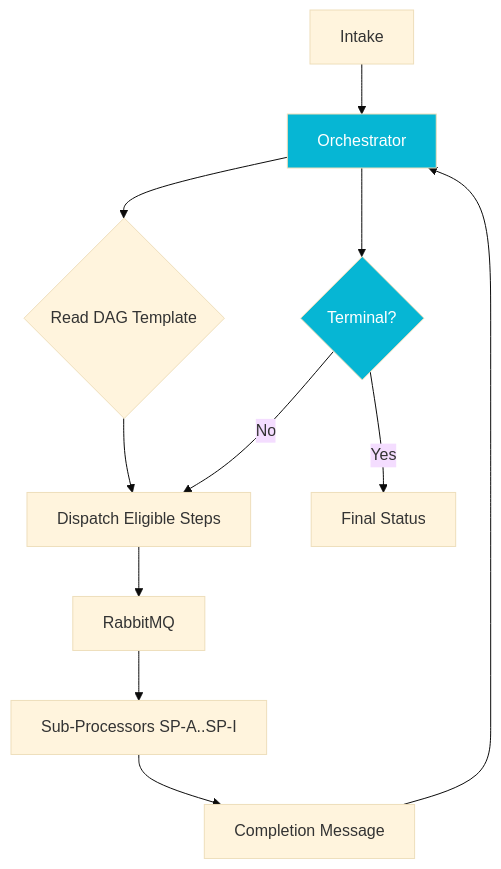
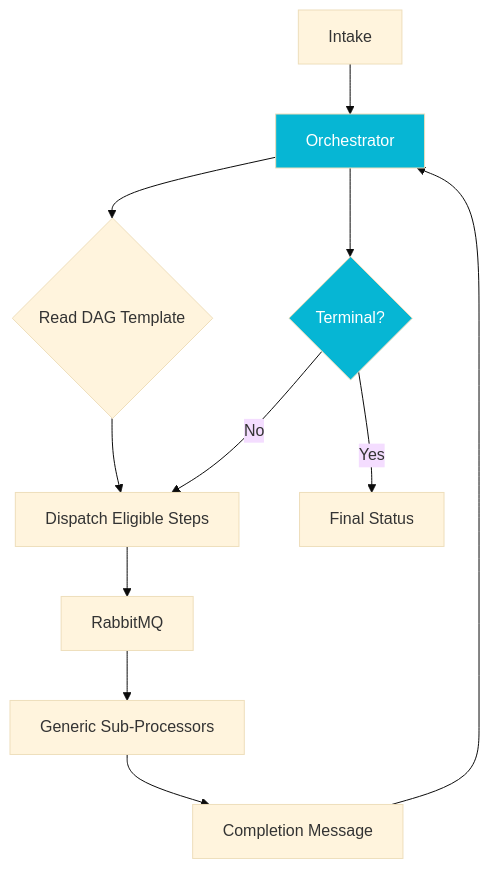
Before and after one commit to phatjam98/portfolio: the diagram in src/content/case-studies/pipeline-orchestrator.mdx, drawn with Mermaid (base theme). The commit also changed other lines of this file and 12 other files, not shown here.

````diff
--- a/src/content/case-studies/pipeline-orchestrator.mdx
+++ b/src/content/case-studies/pipeline-orchestrator.mdx
@@ -26,15 +26,15 @@
 ```mermaid
 graph TB
     A[Intake] --> B[Orchestrator]
     B --> C{Read DAG Template}
     C --> D[Dispatch Eligible Steps]
     D --> E[RabbitMQ]
-    E --> F[Sub-Processors SP-A..SP-I]
+    E --> F[Generic Sub-Processors]
     F --> G[Completion Message]
     G --> B
     B --> H{Terminal?}
     H -->|No| D
     H -->|Yes| I[Final Status]
     style B fill:#06b6d4,color:#fff
     style H fill:#06b6d4,color:#fff
 ```
````
